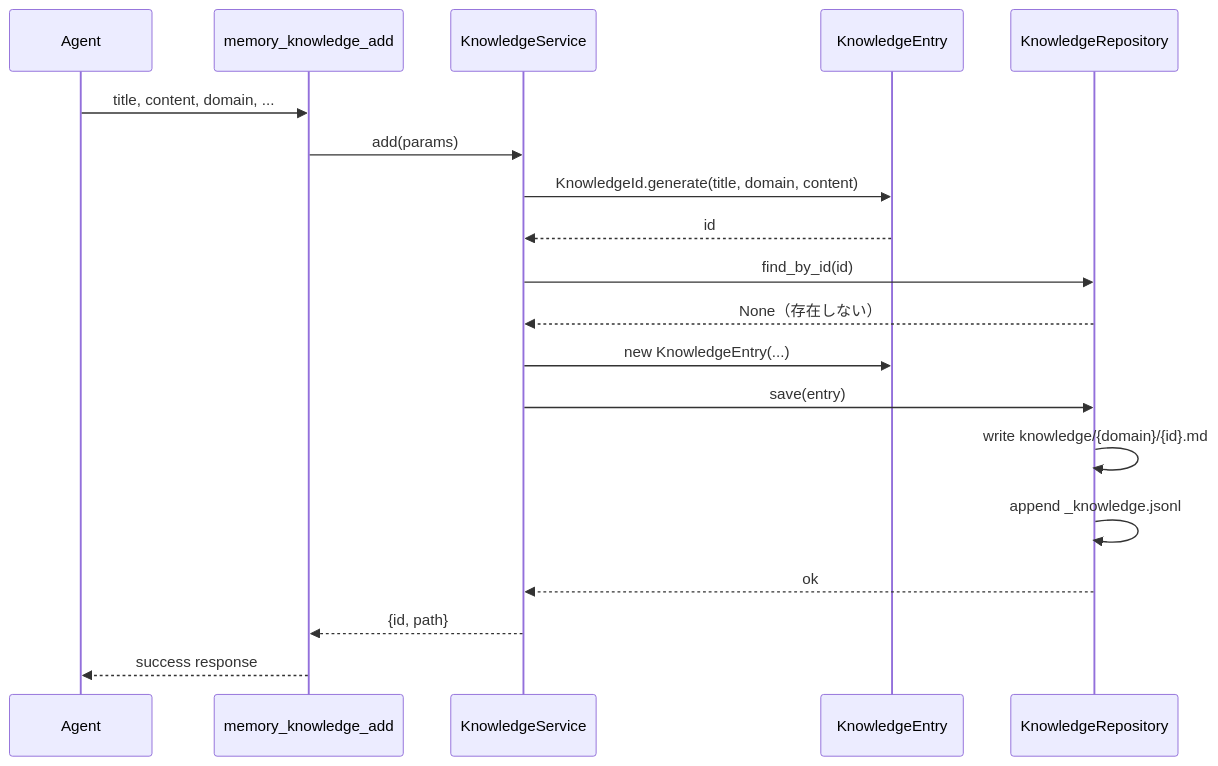
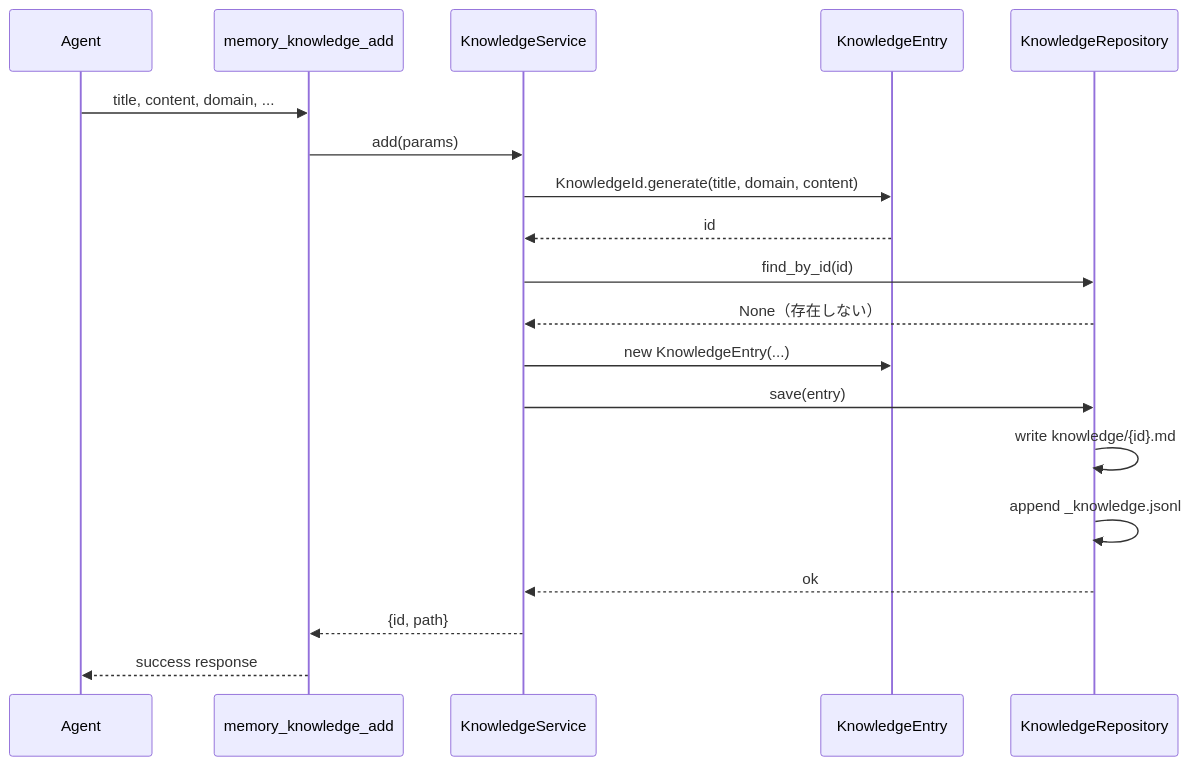
The third of 6 diagrams in docs/design/ARCHITECTURE-knowledge-values.md (RK0429/agentic-memory), drawn with Mermaid before and after one commit. The commit also changed other lines of this file and 2 other files, not shown here.

First line of the commit message:
docs: fix Knowledge/Values design docs for accuracy and cross-document consistency

````diff
--- a/docs/design/ARCHITECTURE-knowledge-values.md
+++ b/docs/design/ARCHITECTURE-knowledge-values.md
@@ -203,22 +202,22 @@
 ```mermaid
 sequenceDiagram
     participant A as Agent
     participant T as memory_knowledge_add
     participant KS as KnowledgeService
     participant KE as KnowledgeEntry
     participant KR as KnowledgeRepository
 
     A->>T: title, content, domain, ...
     T->>KS: add(params)
     KS->>KE: KnowledgeId.generate(title, domain, content)
     KE-->>KS: id
     KS->>KR: find_by_id(id)
     KR-->>KS: None（存在しない）
     KS->>KE: new KnowledgeEntry(...)
     KS->>KR: save(entry)
-    KR->>KR: write knowledge/{domain}/{id}.md
+    KR->>KR: write knowledge/{id}.md
     KR->>KR: append _knowledge.jsonl
     KR-->>KS: ok
     KS-->>T: {id, path}
     T-->>A: success response
 ```
````
